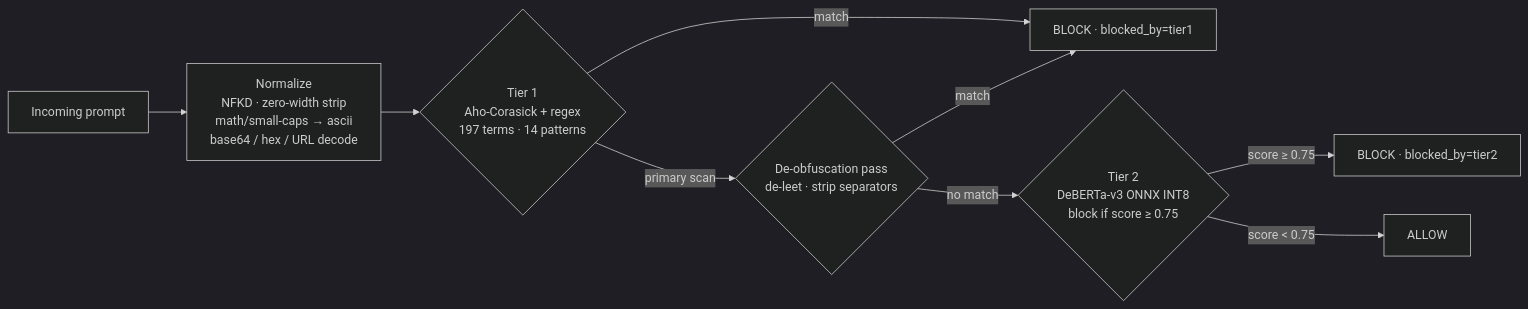
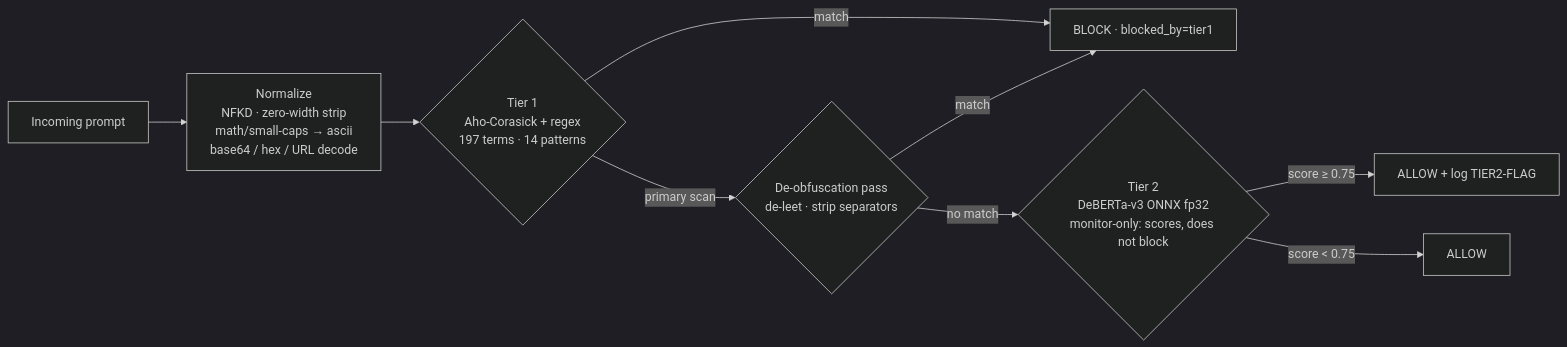
One commit to Prateek-Pulastya/Guardrail-As-A-Service-V2 changed the diagram in README.md. Above: the diagram before and after it, drawn with Mermaid (dark theme). The commit also changed other lines of this file and 5 other files, not shown here.

````diff
--- a/README.md
+++ b/README.md
@@ -18,11 +18,11 @@
 ```mermaid
 flowchart LR
     A[Incoming prompt] --> B[Normalize<br/>NFKD · zero-width strip<br/>math/small-caps → ascii<br/>base64 / hex / URL decode]
     B --> C{Tier 1<br/>Aho-Corasick + regex<br/>197 terms · 14 patterns}
     C -->|primary scan| D{De-obfuscation pass<br/>de-leet · strip separators}
     C -->|match| BLOCK[BLOCK · blocked_by=tier1]
     D -->|match| BLOCK
-    D -->|no match| E{Tier 2<br/>DeBERTa-v3 ONNX INT8<br/>block if score ≥ 0.75}
-    E -->|score ≥ 0.75| BLOCK2[BLOCK · blocked_by=tier2]
+    D -->|no match| E{Tier 2<br/>DeBERTa-v3 ONNX fp32<br/>monitor-only: scores, does not block}
+    E -->|score ≥ 0.75| FLAG[ALLOW + log TIER2-FLAG]
     E -->|score < 0.75| ALLOW[ALLOW]
 ```
````
